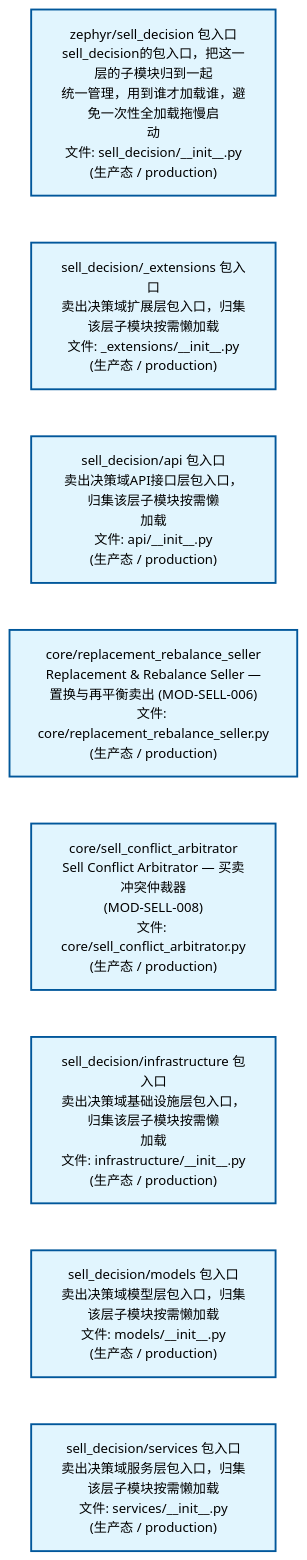
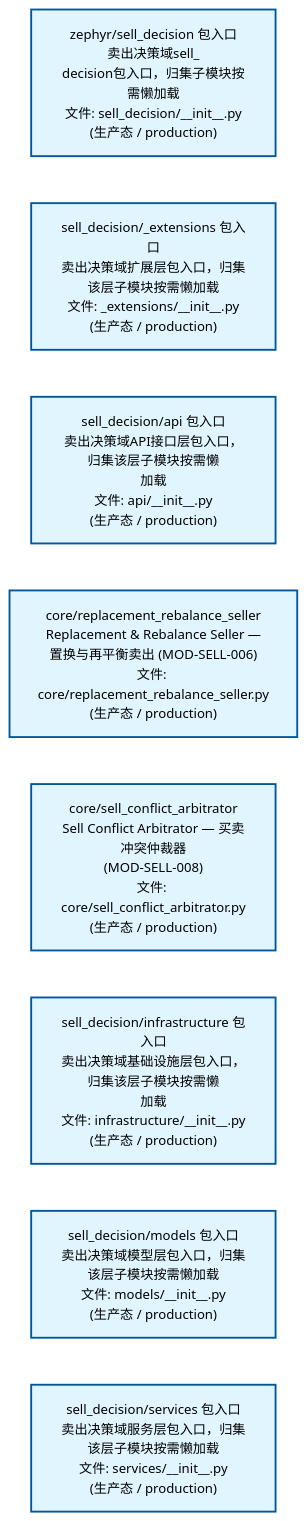
Before and after one commit to xuanFelixVan/ZephyrAlpha: the second of 4 diagrams in docs/02_enterprise_architecture/02_domain_architecture_docs/67_d_sell_decision.md, drawn with Mermaid. The commit also changed other lines of this file and 60 other files, not shown here.

````diff
--- a/docs/02_enterprise_architecture/02_domain_architecture_docs/67_d_sell_decision.md
+++ b/docs/02_enterprise_architecture/02_domain_architecture_docs/67_d_sell_decision.md
@@ -134,24 +134,24 @@
 ```mermaid
 %%{init: {'theme': 'base', 'themeVariables': {'primaryColor': '#eaeaea', 'primaryTextColor': '#333333', 'primaryBorderColor': '#666666', 'lineColor': '#666666', 'secondaryColor': '#eaeaea', 'tertiaryColor': '#eaeaea', 'fontSize': '14px'}}}%%
 flowchart TD
-    src_zephyr_sell_decision_init_py["zephyr/sell_decision 包入口<br/>sell_decision的包入口，把这一层的子模块归到一起<br/>统一管理，用到谁才加载谁，避免一次性全加载拖慢启<br/>动<br/>文件: sell_decision/__init__.py<br/>(生产态 / production)"]
+    src_zephyr_sell_decision_init_py["zephyr/sell_decision 包入口<br/>卖出决策域sell_<br/>decision包入口，归集子模块按需懒加载<br/>文件: sell_decision/__init__.py<br/>(生产态 / production)"]
     src_zephyr_sell_decision_extensions_init_py["sell_decision/_extensions 包入口<br/>卖出决策域扩展层包入口，归集该层子模块按需懒加载<br/>文件: _extensions/__init__.py<br/>(生产态 / production)"]
     src_zephyr_sell_decision_api_init_py["sell_decision/api 包入口<br/>卖出决策域API接口层包入口，归集该层子模块按需懒<br/>加载<br/>文件: api/__init__.py<br/>(生产态 / production)"]
     src_zephyr_sell_decision_core_replacement_rebalance_seller_py["core/replacement_rebalance_seller<br/>Replacement & Rebalance Seller —<br/>置换与再平衡卖出 (MOD-SELL-006)<br/>文件: core/replacement_rebalance_seller.py<br/>(生产态 / production)"]
     src_zephyr_sell_decision_core_sell_conflict_arbitrator_py["core/sell_conflict_arbitrator<br/>Sell Conflict Arbitrator — 买卖冲突仲裁器<br/>(MOD-SELL-008)<br/>文件: core/sell_conflict_arbitrator.py<br/>(生产态 / production)"]
     src_zephyr_sell_decision_infrastructure_init_py["sell_decision/infrastructure 包入口<br/>卖出决策域基础设施层包入口，归集该层子模块按需懒<br/>加载<br/>文件: infrastructure/__init__.py<br/>(生产态 / production)"]
     src_zephyr_sell_decision_models_init_py["sell_decision/models 包入口<br/>卖出决策域模型层包入口，归集该层子模块按需懒加载<br/>文件: models/__init__.py<br/>(生产态 / production)"]
     src_zephyr_sell_decision_services_init_py["sell_decision/services 包入口<br/>卖出决策域服务层包入口，归集该层子模块按需懒加载<br/>文件: services/__init__.py<br/>(生产态 / production)"]
     src_zephyr_sell_decision_init_py ~~~ src_zephyr_sell_decision_extensions_init_py
     src_zephyr_sell_decision_extensions_init_py ~~~ src_zephyr_sell_decision_api_init_py
     src_zephyr_sell_decision_api_init_py ~~~ src_zephyr_sell_decision_core_replacement_rebalance_seller_py
     src_zephyr_sell_decision_core_replacement_rebalance_seller_py ~~~ src_zephyr_sell_decision_core_sell_conflict_arbitrator_py
     src_zephyr_sell_decision_core_sell_conflict_arbitrator_py ~~~ src_zephyr_sell_decision_infrastructure_init_py
     src_zephyr_sell_decision_infrastructure_init_py ~~~ src_zephyr_sell_decision_models_init_py
     src_zephyr_sell_decision_models_init_py ~~~ src_zephyr_sell_decision_services_init_py
     classDef production fill:#e1f5fe,stroke:#01579b,stroke-width:2px,color:#000
     classDef design fill:#fff3e0,stroke:#e65100,stroke-width:2px,color:#000,stroke-dasharray: 5 5
     classDef external_prod fill:#e8f4fd,stroke:#0277bd,stroke-width:1px,color:#000
     classDef external_design fill:#fff8e7,stroke:#ef6c00,stroke-width:1px,color:#000,stroke-dasharray: 5 5
     class src_zephyr_sell_decision_init_py,src_zephyr_sell_decision_extensions_init_py,src_zephyr_sell_decision_api_init_py,src_zephyr_sell_decision_core_replacement_rebalance_seller_py,src_zephyr_sell_decision_core_sell_conflict_arbitrator_py,src_zephyr_sell_decision_infrastructure_init_py,src_zephyr_sell_decision_models_init_py,src_zephyr_sell_decision_services_init_py production
 ```
````
